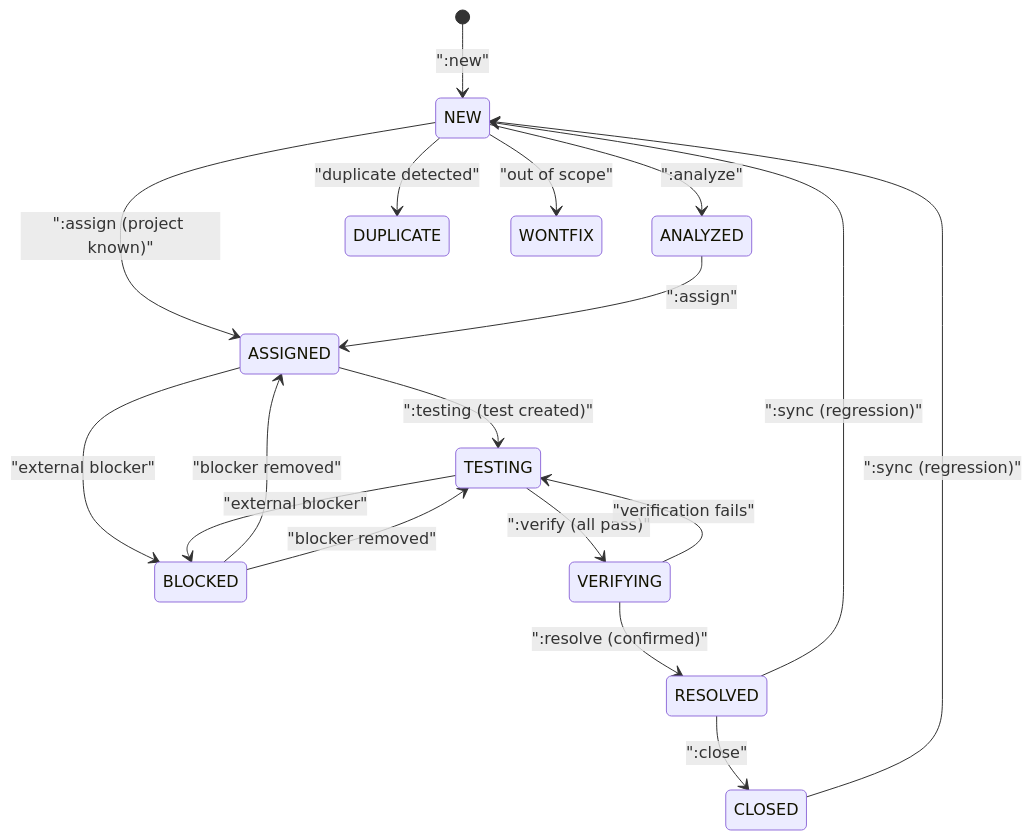
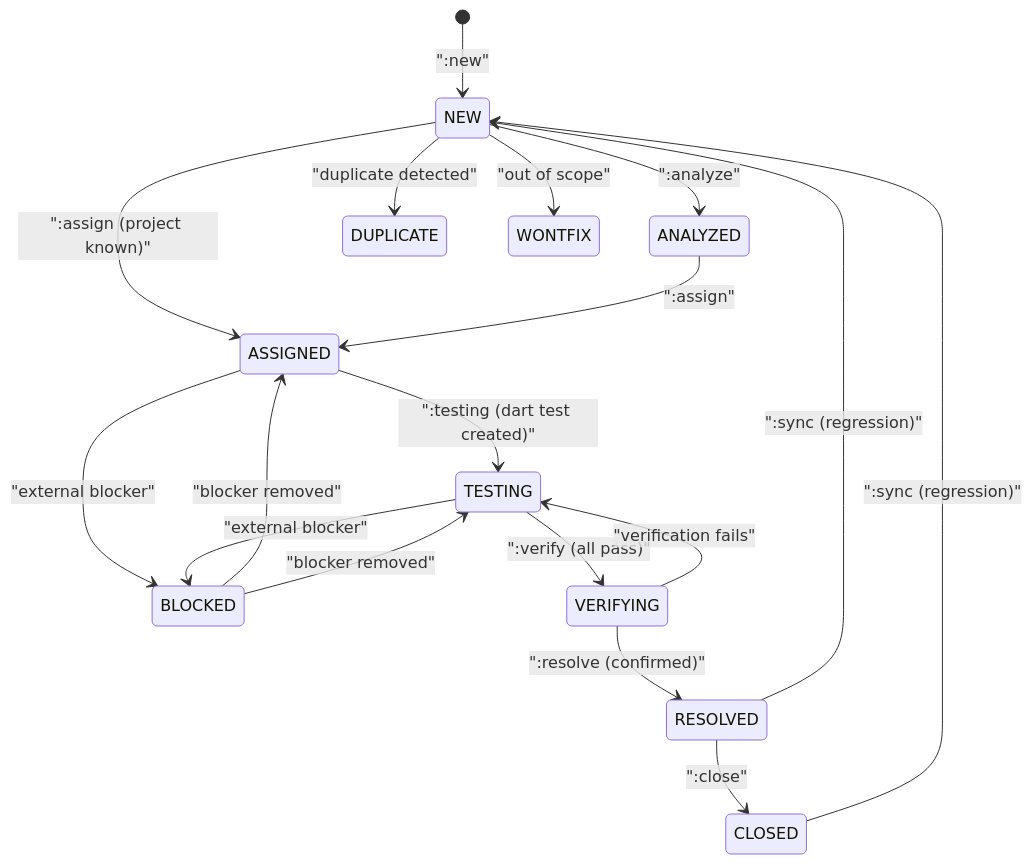
Before and after one commit to al-the-bear/tom_module_basics: the third of 37 diagrams in tom_issue_kit/doc/issuekit_command_reference.md, drawn with Mermaid. The commit also changed other lines of this file and 1 other file, not shown here.

First line of the commit message:
docs: architectural redesign — two issue trackers, @issues/@tests/@code terminology, nightly backup

````diff
--- a/tom_issue_kit/doc/issuekit_command_reference.md
+++ b/tom_issue_kit/doc/issuekit_command_reference.md
@@ -164,27 +168,27 @@
 ```mermaid
 stateDiagram-v2
     [*] --> NEW: ":new"
     NEW --> ANALYZED: ":analyze"
     NEW --> ASSIGNED: ":assign (project known)"
     NEW --> DUPLICATE: "duplicate detected"
     NEW --> WONTFIX: "out of scope"
 
     ANALYZED --> ASSIGNED: ":assign"
 
-    ASSIGNED --> TESTING: ":testing (test created)"
+    ASSIGNED --> TESTING: ":testing (dart test created)"
     ASSIGNED --> BLOCKED: "external blocker"
 
     TESTING --> VERIFYING: ":verify (all pass)"
     TESTING --> BLOCKED: "external blocker"
 
     VERIFYING --> RESOLVED: ":resolve (confirmed)"
     VERIFYING --> TESTING: "verification fails"
 
     RESOLVED --> CLOSED: ":close"
     RESOLVED --> NEW: ":sync (regression)"
 
     CLOSED --> NEW: ":sync (regression)"
 
     BLOCKED --> ASSIGNED: "blocker removed"
     BLOCKED --> TESTING: "blocker removed"
 ```
````
